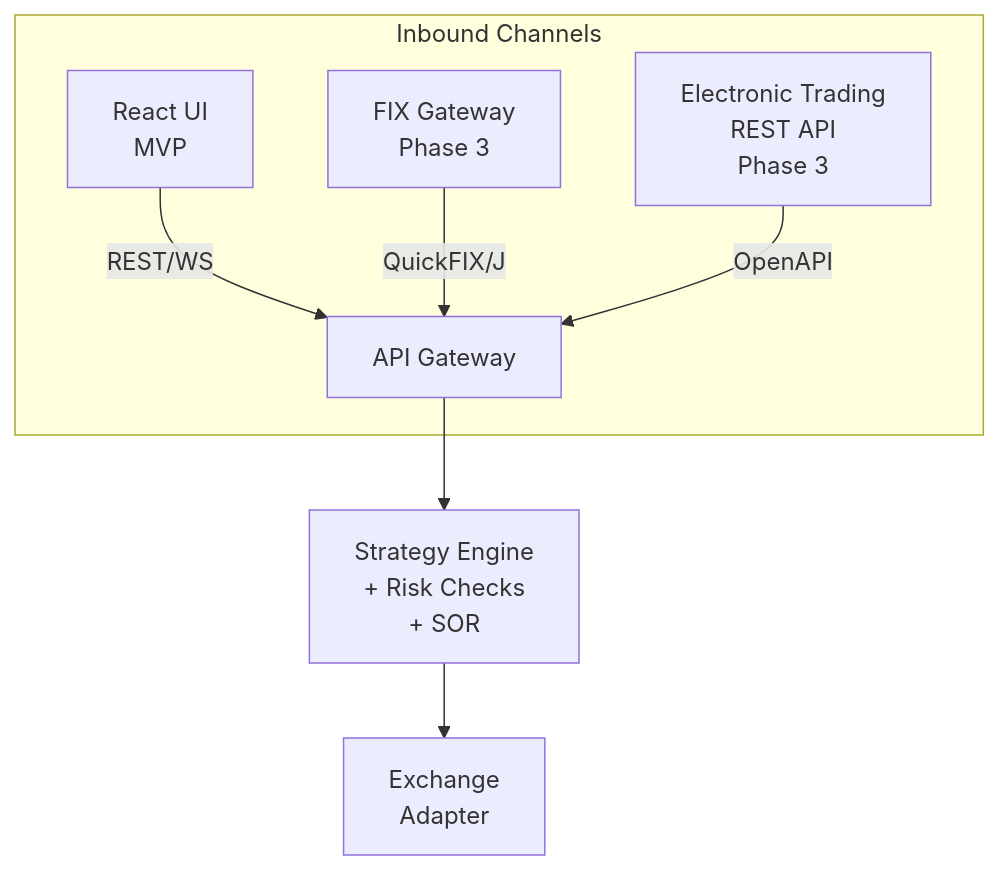
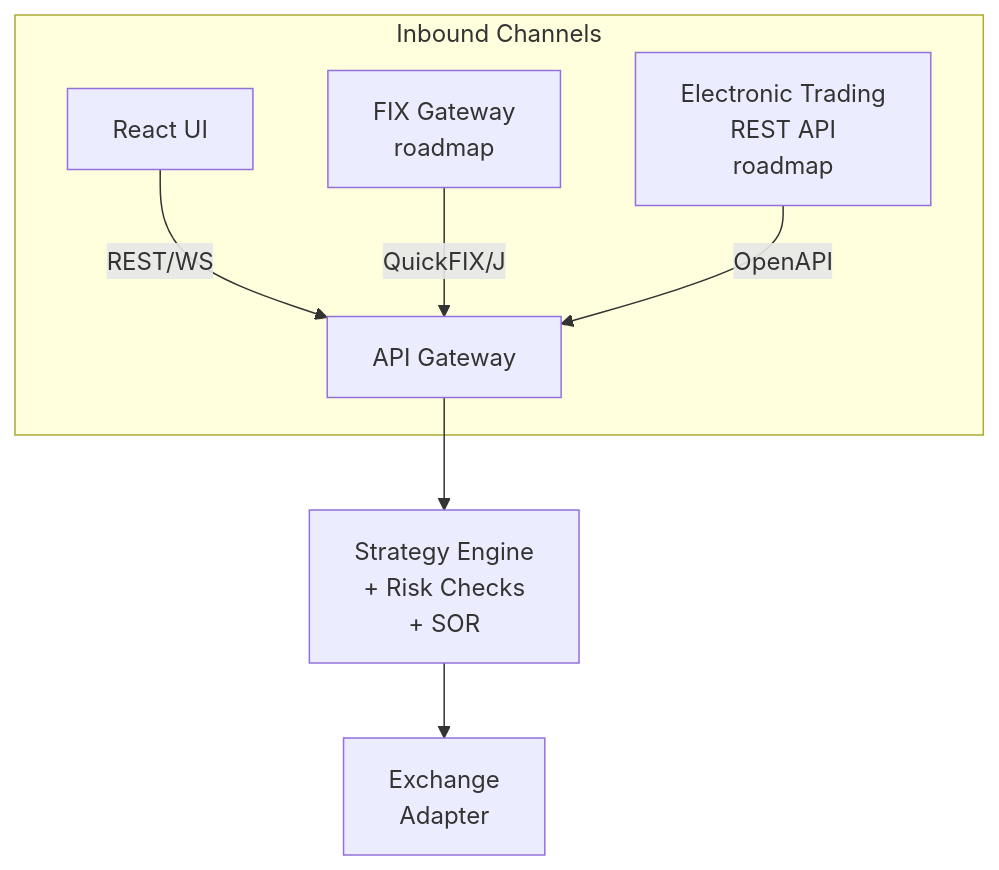
One commit to drag0sd0g/MariaAlpha changed diagram 11 of 19 in docs/technical-design-document.md. Above: the diagram before and after it, drawn with Mermaid. The commit also changed other lines of this file and 108 other files, not shown here.

````diff
--- a/docs/technical-design-document.md
+++ b/docs/technical-design-document.md
@@ -855,11 +854,11 @@
 ```mermaid
 graph TB
     subgraph "Inbound Channels"
-        UI[React UI<br/>MVP] -->|REST/WS| GW[API Gateway]
-        FIX[FIX Gateway<br/>Phase 3] -->|QuickFIX/J| GW
-        REST[Electronic Trading<br/>REST API<br/>Phase 3] -->|OpenAPI| GW
+        UI[React UI] -->|REST/WS| GW[API Gateway]
+        FIX[FIX Gateway<br/>roadmap] -->|QuickFIX/J| GW
+        REST[Electronic Trading<br/>REST API<br/>roadmap] -->|OpenAPI| GW
     end
 
     GW --> SE[Strategy Engine<br/>+ Risk Checks<br/>+ SOR]
     SE --> EE[Exchange<br/>Adapter]
 ```
````
